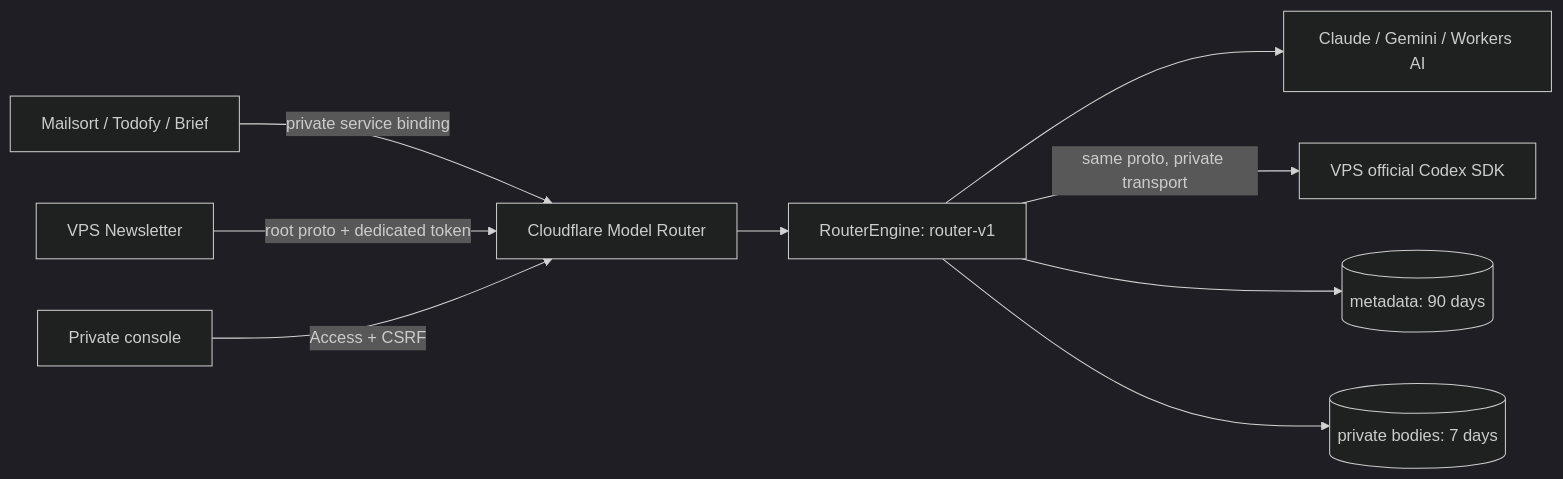
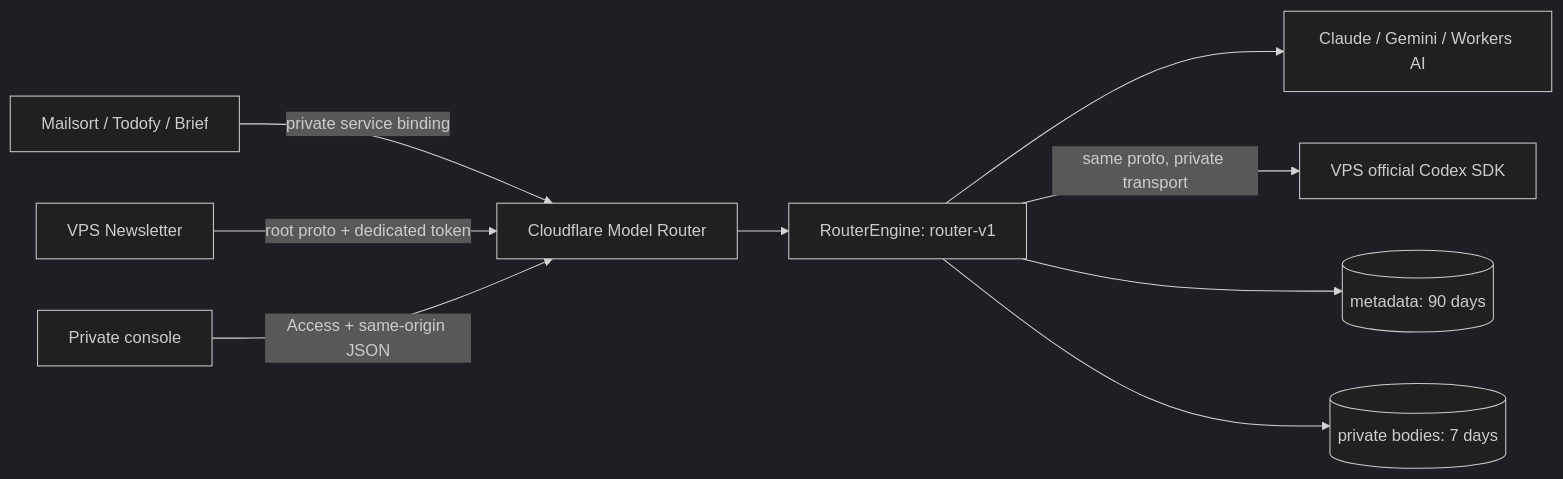
The diagram in model-router/docs/design.md (ziyixi/todofy), drawn with Mermaid (dark theme) before and after one commit. The commit also changed other lines of this file and 233 other files, not shown here.

````diff
--- a/model-router/docs/design.md
+++ b/model-router/docs/design.md
@@ -3,11 +3,11 @@
 ```mermaid
 flowchart LR
   Apps[Mailsort / Todofy / Brief] -->|private service binding| Router[Cloudflare Model Router]
   Newsletter[VPS Newsletter] -->|root proto + dedicated token| Router
-  Owner[Private console] -->|Access + CSRF| Router
+  Owner[Private console] -->|Access + same-origin JSON| Router
   Router --> Engine[RouterEngine: router-v1]
   Engine --> APIs[Claude / Gemini / Workers AI]
   Engine -->|same proto, private transport| Executor[VPS official Codex SDK]
   Engine --> D1[(metadata: 90 days)]
   Engine --> R2[(private bodies: 7 days)]
 ```
````
